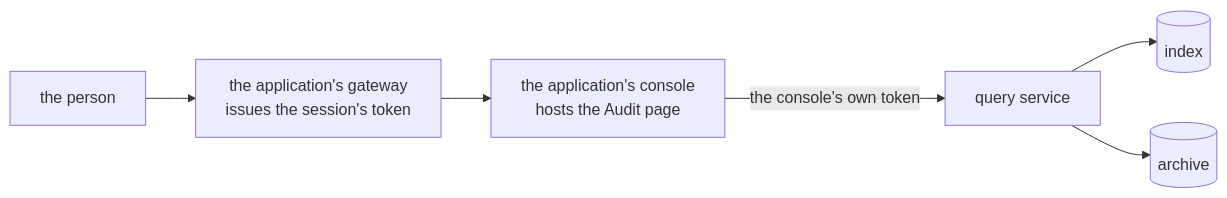
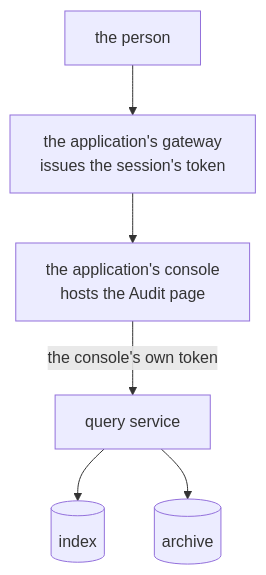
The diagram in docs/audit/explanation/audit-page.md (truvity/sluis), drawn with Mermaid before and after one commit. The commit also changed 39 other files, not shown here.

First line of the commit message:
docs: links, one checker, diagrams at natural size, and the loose ends of the other passes

````diff
--- a/docs/audit/explanation/audit-page.md
+++ b/docs/audit/explanation/audit-page.md
@@ -28,8 +28,8 @@
 ```mermaid
-flowchart LR
+flowchart TB
   P["the person"] --> GW["the application's gateway<br/>issues the session's token"]
   GW --> C["the application's console<br/>hosts the Audit page"]
   C -- "the console's own token" --> Q["query service"]
   Q --> IDX[("index")]
   Q --> S3[("archive")]
 ```
````
